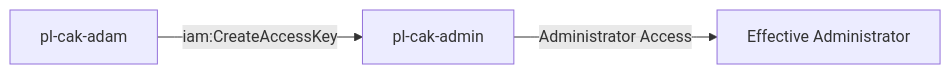
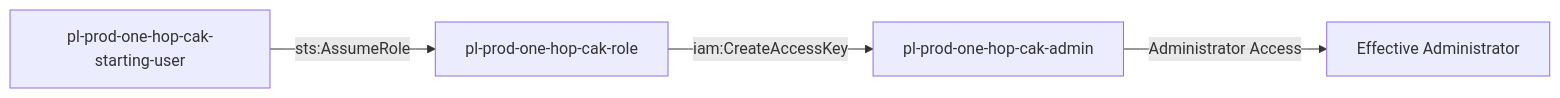
The diagram in modules/scenarios/prod/one-hop/to-admin/iam-createaccesskey/README.md (DataDog/pathfinding-labs), drawn with Mermaid before and after one commit. The commit also changed other lines of this file and 106 other files, not shown here.

````diff
--- a/modules/scenarios/prod/one-hop/to-admin/iam-createaccesskey/README.md
+++ b/modules/scenarios/prod/one-hop/to-admin/iam-createaccesskey/README.md
@@ -21,5 +21,6 @@
 ```mermaid
 graph LR
-    A[pl-cak-adam] -->|iam:CreateAccessKey| B[pl-cak-admin]
-    B -->|Administrator Access| C[Effective Administrator]
+    A[pl-prod-one-hop-cak-starting-user] -->|sts:AssumeRole| B[pl-prod-one-hop-cak-role]
+    B -->|iam:CreateAccessKey| C[pl-prod-one-hop-cak-admin]
+    C -->|Administrator Access| D[Effective Administrator]
 ```
````
